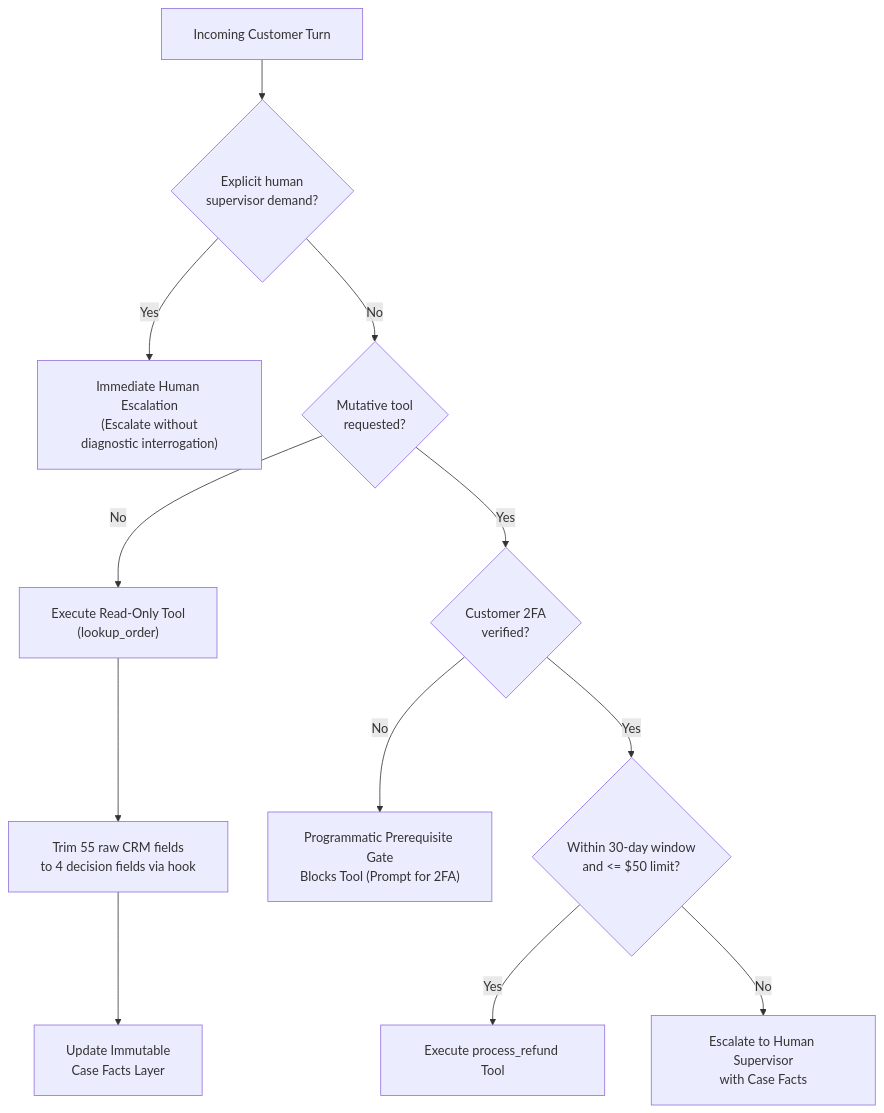
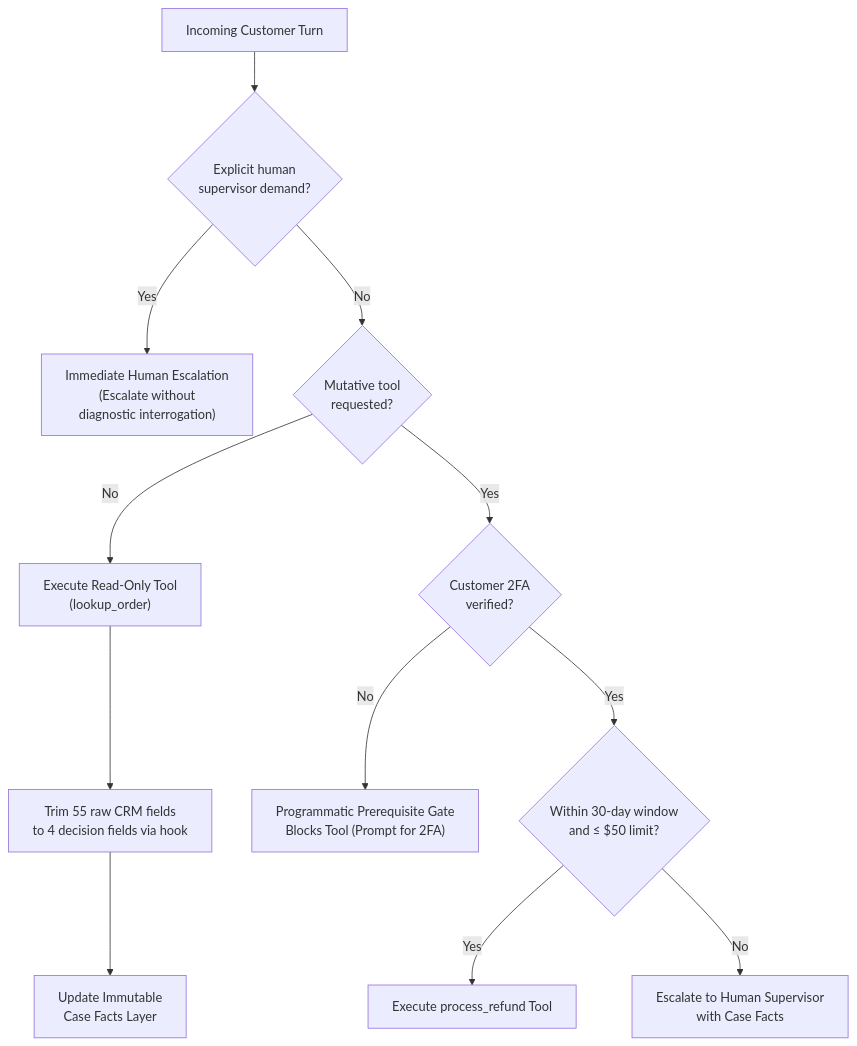
One commit to dip4k/claude_cert_architect_foundation_prep changed the fourth of 6 diagrams in scenarios/MASTER_SCENARIO_PRACTICE.md. Above: the diagram before and after it, drawn with Mermaid. The commit also changed other lines of this file and 31 other files, not shown here.

First line of the commit message:
docs(diagrams): fix GitHub Mermaid rendering cut-off, wrappingWidth, and entity escapes across all 32 docs

````diff
--- a/scenarios/MASTER_SCENARIO_PRACTICE.md
+++ b/scenarios/MASTER_SCENARIO_PRACTICE.md
@@ -90,17 +90,17 @@
 ```mermaid
-%%{init: {"flowchart": {"htmlLabels": true, "padding": 20}}}%%
+%%{init: {"flowchart": {"htmlLabels": true, "wrappingWidth": 250}}}%%
 flowchart TD
     UserTurn["Incoming Customer Turn"] --> DemandHuman{"Explicit human<br/>supervisor demand?"}
     DemandHuman -- "Yes" --> Escalate["Immediate Human Escalation<br/>(Escalate without<br/>diagnostic interrogation)"]
     
     DemandHuman -- "No" --> IntentCheck{"Mutative tool<br/>requested?"}
     IntentCheck -- "No" --> ReadOnlyTool["Execute Read-Only Tool<br/>(lookup_order)"]
     ReadOnlyTool --> Trim["Trim 55 raw CRM fields<br/>to 4 decision fields via hook"]
     Trim --> UpdateFacts["Update Immutable<br/>Case Facts Layer"]
     
     IntentCheck -- "Yes" --> AuthCheck{"Customer 2FA<br/>verified?"}
     AuthCheck -- "No" --> AuthGate["Programmatic Prerequisite Gate<br/>Blocks Tool (Prompt for 2FA)"]
-    AuthCheck -- "Yes" --> PolicyCheck{"Within 30-day window<br/>and <= $50 limit?"}
+    AuthCheck -- "Yes" --> PolicyCheck{"Within 30-day window<br/>and &le; $50 limit?"}
     PolicyCheck -- "Yes" --> ExecuteRefund["Execute process_refund Tool"]
     PolicyCheck -- "No" --> PolicyEscalate["Escalate to Human Supervisor<br/>with Case Facts"]
 ```
````
